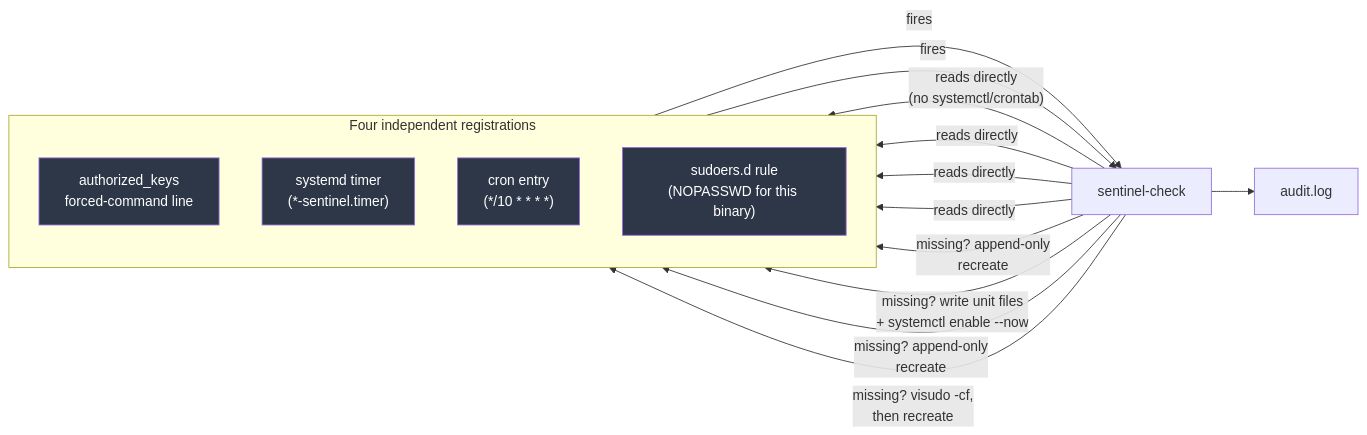
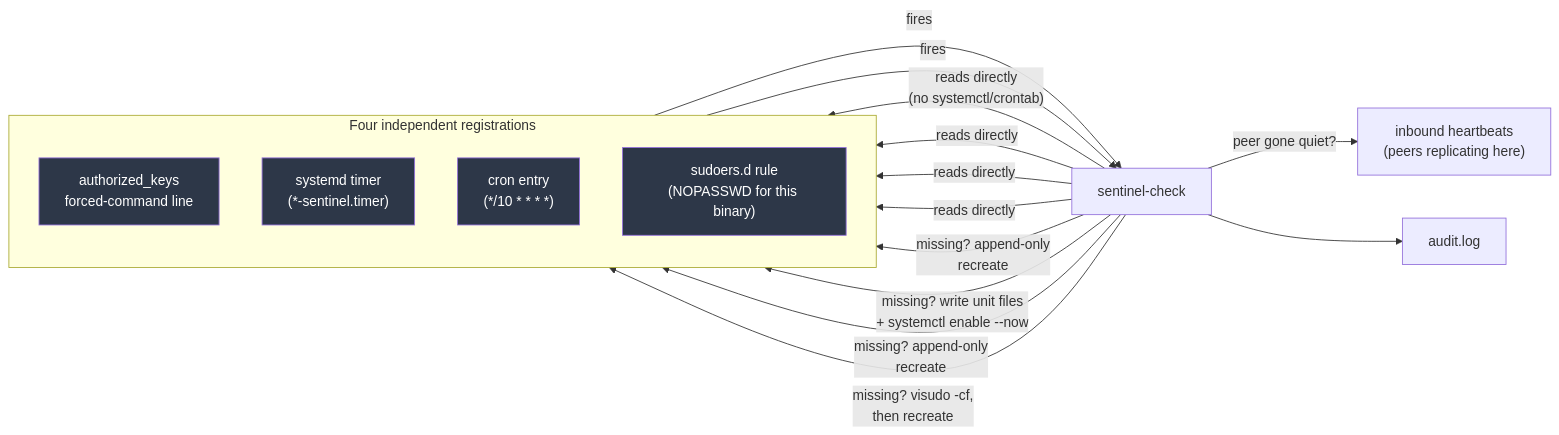
One commit to cofcsecurity/warden changed the second of 7 diagrams in docs/ARCHITECTURE.md. Above: the diagram before and after it, drawn with Mermaid. The commit also changed other lines of this file and 6 other files, not shown here.

````diff
--- a/docs/ARCHITECTURE.md
+++ b/docs/ARCHITECTURE.md
@@ -91,30 +92,31 @@
 ```mermaid
 flowchart LR
     subgraph Registrations["Four independent registrations"]
         direction TB
         R1["authorized_keys\nforced-command line"]
         R2["systemd timer\n(*-sentinel.timer)"]
         R3["cron entry\n(*/10 * * * *)"]
         R4["sudoers.d rule\n(NOPASSWD for this binary)"]
     end
 
     R2 -- "fires" --> SC["sentinel-check"]
     R3 -- "fires" --> SC
 
     SC -- "reads directly\n(no systemctl/crontab)" --> R1
     SC -- "reads directly" --> R2
     SC -- "reads directly" --> R3
     SC -- "reads directly" --> R4
 
     SC -- "missing? append-only\nrecreate" --> R1
     SC -- "missing? write unit files\n+ systemctl enable --now" --> R2
     SC -- "missing? append-only\nrecreate" --> R3
     SC -- "missing? visudo -cf,\nthen recreate" --> R4
 
+    SC -- "peer gone quiet?" --> HB["inbound heartbeats\n(peers replicating here)"]
     SC --> AL["audit.log"]
 
     style R1 fill:#2d3748,color:#fff
     style R2 fill:#2d3748,color:#fff
     style R3 fill:#2d3748,color:#fff
     style R4 fill:#2d3748,color:#fff
 ```
````
